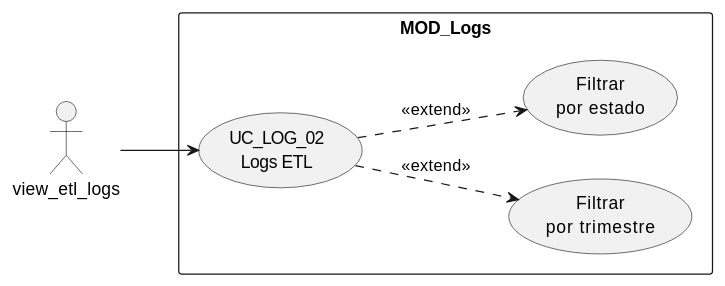
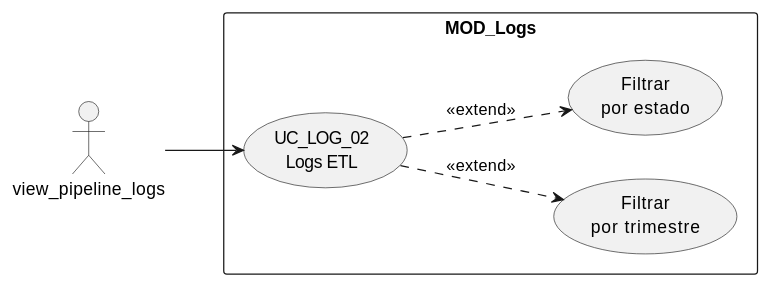
The diagram in source/requisitos/casos-uso/logs/uc-log-02/diagramas-uml/caso-de-uso.rst (jcg-admin/IACT-docs), drawn with PlantUML before and after one commit. The commit also changed 96 other files, not shown here.

First line of the commit message:
Apply CNST-033: rename ETL→Pipeline in domain-model + sweep refs

```diff
--- a/source/requisitos/casos-uso/logs/uc-log-02/diagramas-uml/caso-de-uso.rst
+++ b/source/requisitos/casos-uso/logs/uc-log-02/diagramas-uml/caso-de-uso.rst
@@ -4,14 +4,14 @@
 .. uml::
 
  @startuml
  left to right direction
- actor "view_etl_logs" as view_etl_logs
+ actor "view_pipeline_logs" as view_pipeline_logs
  rectangle "MOD_Logs" {
    usecase "UC_LOG_02\nLogs ETL" as UC_LOG_02
    usecase "Filtrar\npor trimestre" as FiltrarTrimestre
    usecase "Filtrar\npor estado" as FiltrarEstado
  }
- view_etl_logs --> UC_LOG_02
+ view_pipeline_logs --> UC_LOG_02
  UC_LOG_02 ..> FiltrarTrimestre : <<extend>>
  UC_LOG_02 ..> FiltrarEstado : <<extend>>
  @enduml
```
